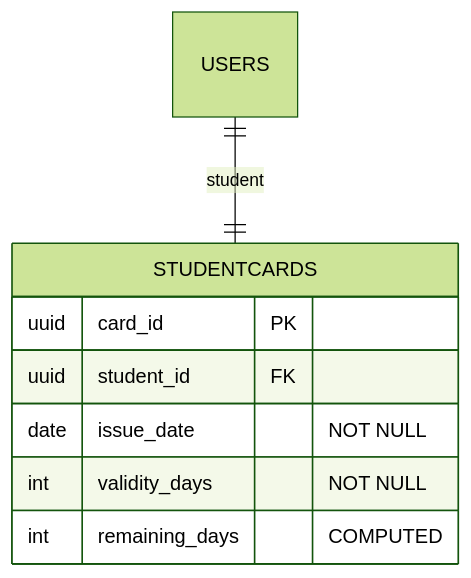
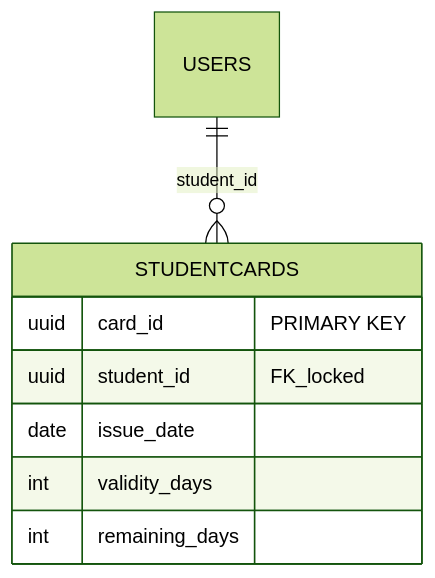
Before and after one commit to hainguyen81/ai-scraper: the sixth of 11 diagrams in sources/storage/business-analysis/membership-hub/requirements.md, drawn with Mermaid (forest theme). The commit also changed other lines of this file and 3 other files, not shown here.

````diff
--- a/sources/storage/business-analysis/membership-hub/requirements.md
+++ b/sources/storage/business-analysis/membership-hub/requirements.md
@@ -522,11 +326,11 @@
 ```mermaid
 erDiagram
     STUDENTCARDS {
-        uuid card_id PK
-        uuid student_id FK
-        date issue_date "NOT NULL"
-        int validity_days "NOT NULL"
-        int remaining_days "COMPUTED"
+        uuid card_id "PRIMARY KEY"
+        uuid student_id "FK_locked"
+        date issue_date
+        int validity_days
+        int remaining_days
     }
-    USERS ||--|| STUDENTCARDS : student
+    USERS ||--o{ STUDENTCARDS : student_id
 ```
````
